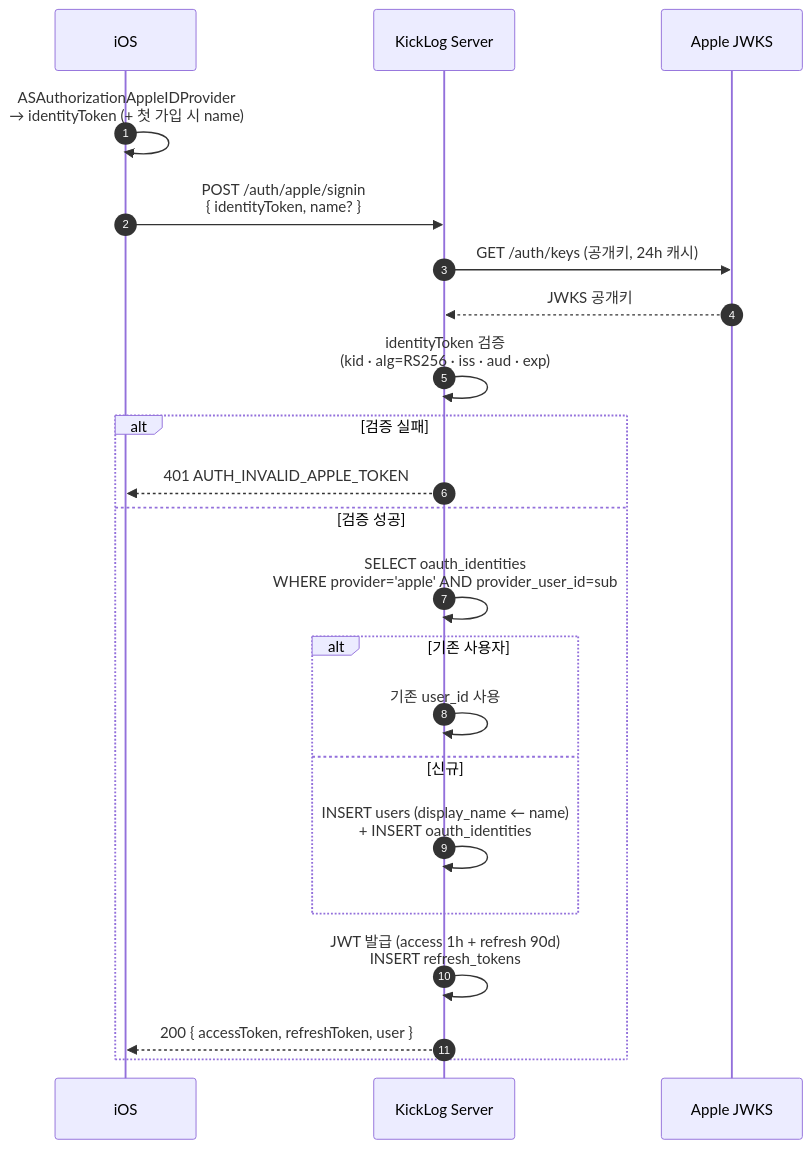
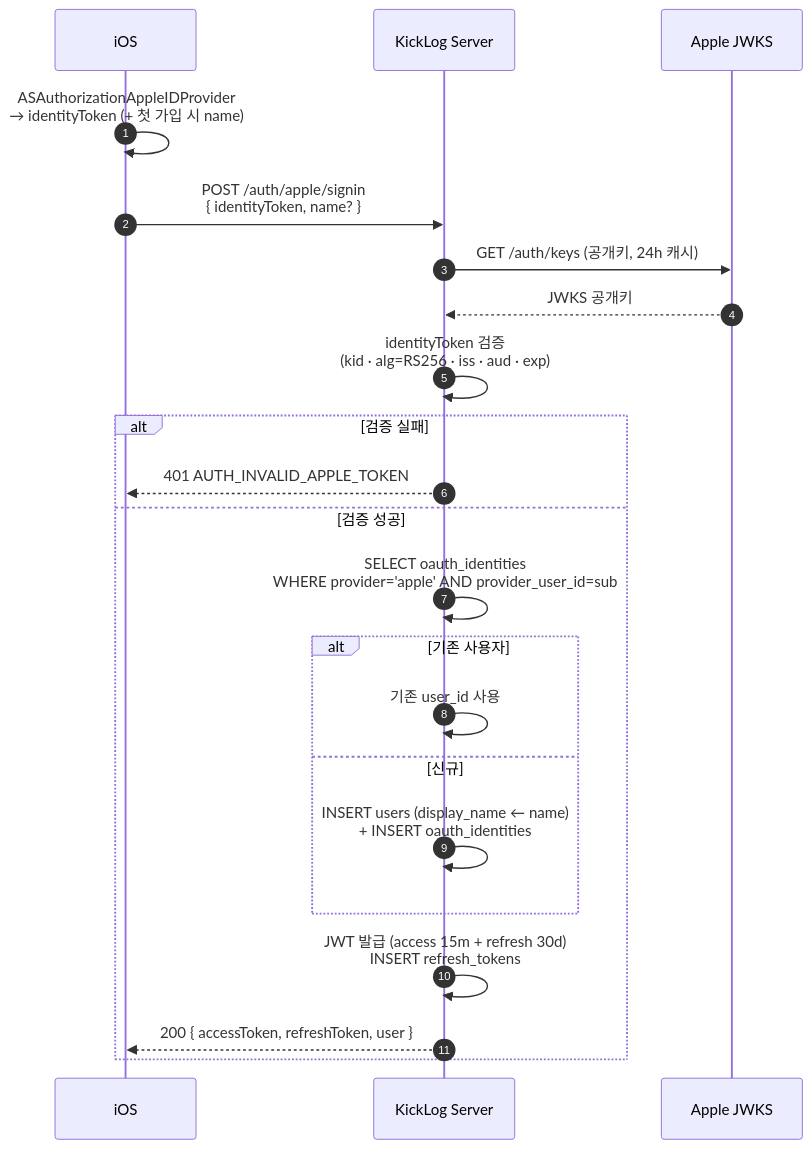
Before and after one commit to opixxx/kicklog: the second of 5 diagrams in docs/spec/diagram.md, drawn with Mermaid. The commit also changed other lines of this file and 44 other files, not shown here.

````diff
--- a/docs/spec/diagram.md
+++ b/docs/spec/diagram.md
@@ -147,26 +148,26 @@
 ```mermaid
 sequenceDiagram
     autonumber
     participant iOS
     participant API as KickLog Server
     participant Apple as Apple JWKS
 
     iOS->>iOS: ASAuthorizationAppleIDProvider<br/>→ identityToken (+ 첫 가입 시 name)
     iOS->>API: POST /auth/apple/signin<br/>{ identityToken, name? }
     API->>Apple: GET /auth/keys (공개키, 24h 캐시)
     Apple-->>API: JWKS 공개키
     API->>API: identityToken 검증<br/>(kid · alg=RS256 · iss · aud · exp)
 
     alt 검증 실패
         API-->>iOS: 401 AUTH_INVALID_APPLE_TOKEN
     else 검증 성공
         API->>API: SELECT oauth_identities<br/>WHERE provider='apple' AND provider_user_id=sub
         alt 기존 사용자
             API->>API: 기존 user_id 사용
         else 신규
             API->>API: INSERT users (display_name ← name)<br/>+ INSERT oauth_identities
         end
-        API->>API: JWT 발급 (access 1h + refresh 90d)<br/>INSERT refresh_tokens
+        API->>API: JWT 발급 (access 15m + refresh 30d)<br/>INSERT refresh_tokens
         API-->>iOS: 200 { accessToken, refreshToken, user }
     end
 ```
````
